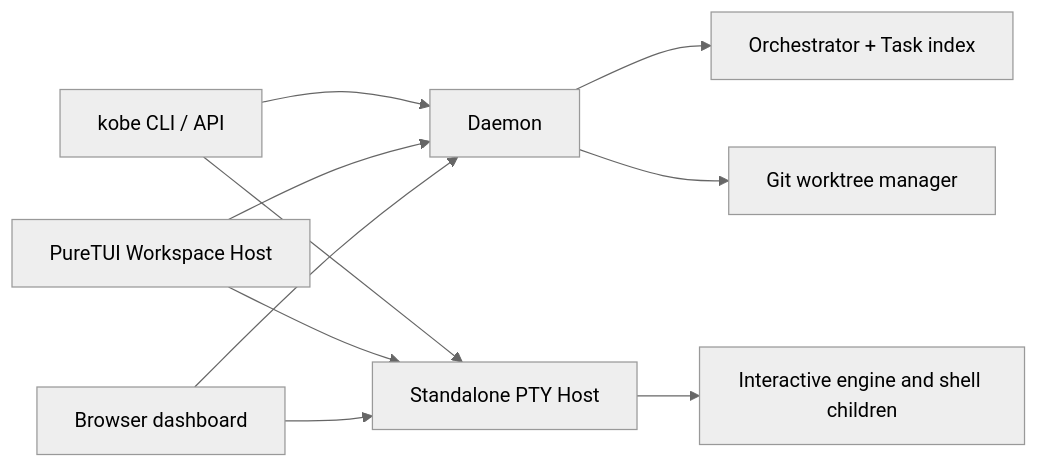
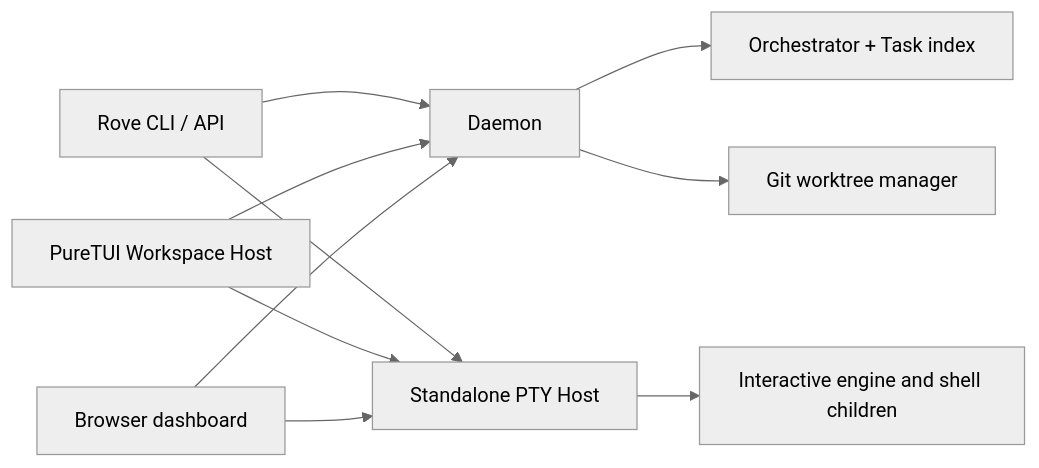
The diagram in docs/ARCHITECTURE.md (Sma1lboy/kobe), drawn with Mermaid (neutral theme) before and after one commit. The commit also changed other lines of this file and 215 other files, not shown here.

````diff
--- a/docs/ARCHITECTURE.md
+++ b/docs/ARCHITECTURE.md
@@ -5,12 +5,12 @@
 ```mermaid
 flowchart LR
-  CLI["kobe CLI / API"] --> D["Daemon"]
+  CLI["Rove CLI / API"] --> D["Daemon"]
   TUI["PureTUI Workspace Host"] --> D
   WEB["Browser dashboard"] --> D
   D --> O["Orchestrator + Task index"]
   D --> G["Git worktree manager"]
   CLI --> P["Standalone PTY Host"]
   TUI --> P
   WEB --> P
   P --> E["Interactive engine and shell children"]
 ```
````
